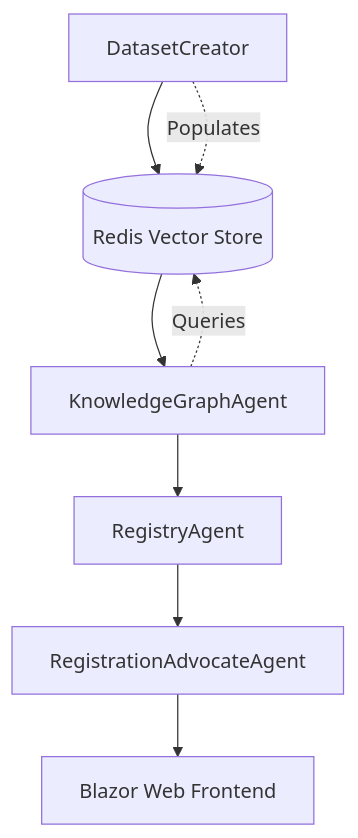
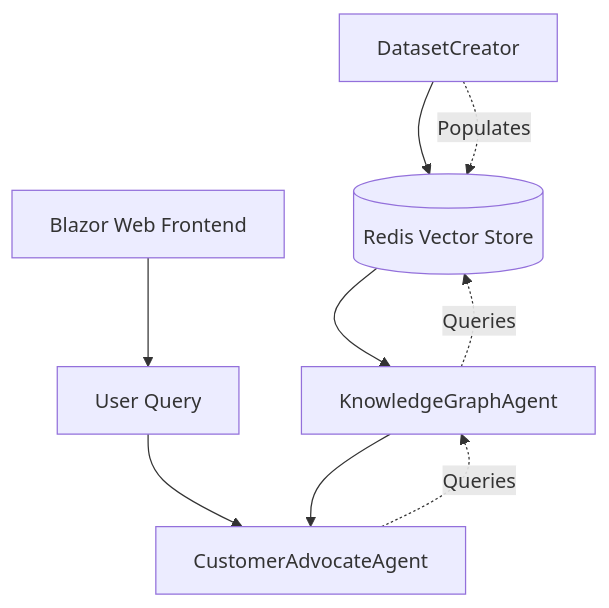
The diagram in DatasetCreator/README.md (Donelle/Agent2Agent), drawn with Mermaid before and after one commit. The commit also changed other lines of this file and 1 other file, not shown here.

Commit message:
A couple of documentation updates

````diff
--- a/DatasetCreator/README.md
+++ b/DatasetCreator/README.md
@@ -18,11 +18,14 @@
 ```mermaid
 flowchart TD
     DatasetCreator[DatasetCreator] --> Redis[(Redis Vector Store)]
     Redis --> AgentC[KnowledgeGraphAgent]
-    AgentC --> AgentB[RegistryAgent]
-    AgentB --> AgentA[RegistrationAdvocateAgent]
-    AgentA --> Web[Blazor Web Frontend]
+   
     
     DatasetCreator -.-> |Populates| Redis
     AgentC -.-> |Queries| Redis
+
+    Web[Blazor Web Frontend] --> Query[User Query] 
+    Query --> AgentA[CustomerAdvocateAgent]
+    AgentA -.-> |Queries| AgentC
+    AgentC --> AgentA
 ```
````
